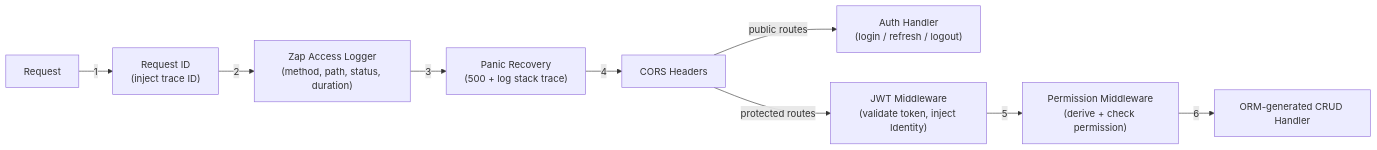
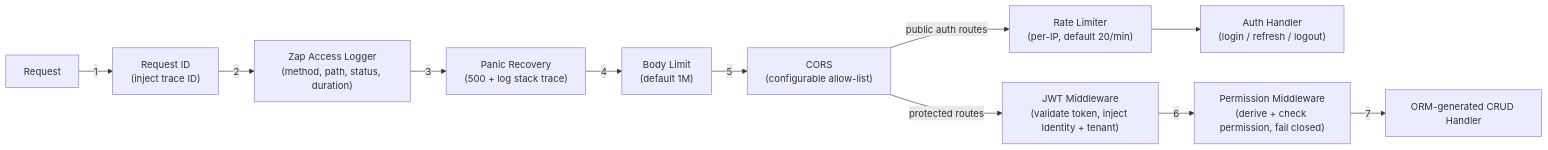
One commit to noiia/EERP-Documentation-Wiki changed the first of 3 diagrams in docs/core/http-pipeline.md. Above: the diagram before and after it, drawn with Mermaid. The commit also changed other lines of this file and 21 other files, not shown here.

````diff
--- a/docs/core/http-pipeline.md
+++ b/docs/core/http-pipeline.md
@@ -24,11 +24,13 @@
 ```mermaid
 flowchart LR
     Request -->|1| RequestID["Request ID\n(inject trace ID)"]
     RequestID -->|2| Logger["Zap Access Logger\n(method, path, status, duration)"]
     Logger -->|3| Recover["Panic Recovery\n(500 + log stack trace)"]
-    Recover -->|4| CORS["CORS Headers"]
-    CORS -->|public routes| AuthHandler["Auth Handler\n(login / refresh / logout)"]
-    CORS -->|protected routes| JWT["JWT Middleware\n(validate token, inject Identity)"]
-    JWT -->|5| Permissions["Permission Middleware\n(derive + check permission)"]
-    Permissions -->|6| Handler["ORM-generated CRUD Handler"]
+    Recover -->|4| Body["Body Limit\n(default 1M)"]
+    Body -->|5| CORS["CORS\n(configurable allow-list)"]
+    CORS -->|public auth routes| RateLimit["Rate Limiter\n(per-IP, default 20/min)"]
+    RateLimit --> AuthHandler["Auth Handler\n(login / refresh / logout)"]
+    CORS -->|protected routes| JWT["JWT Middleware\n(validate token, inject Identity + tenant)"]
+    JWT -->|6| Permissions["Permission Middleware\n(derive + check permission, fail closed)"]
+    Permissions -->|7| Handler["ORM-generated CRUD Handler"]
 ```
````
